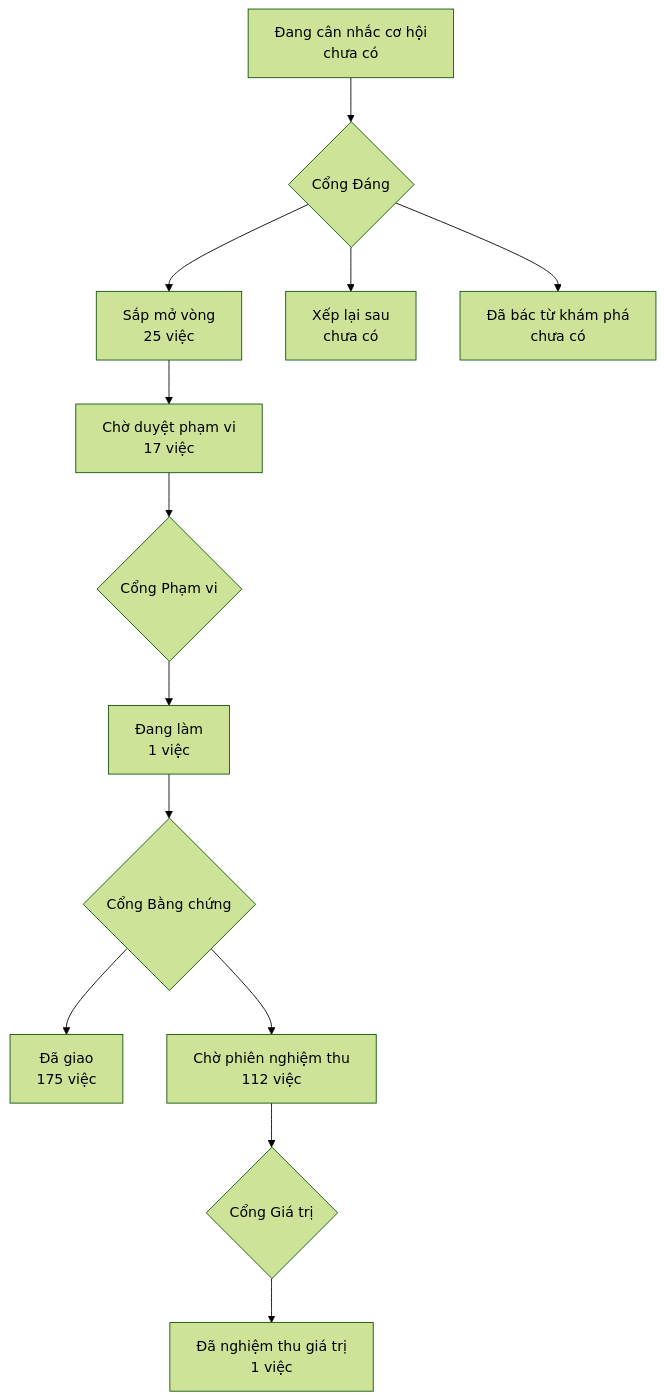
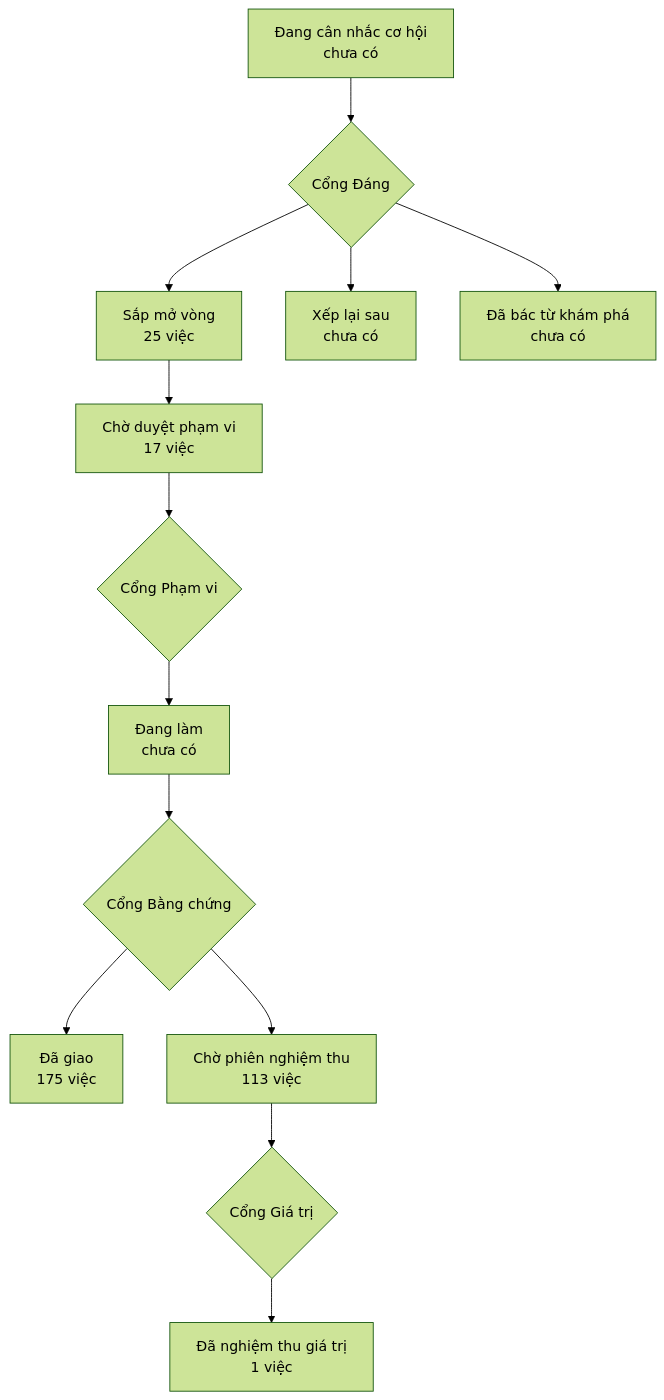
One commit to phanlemanh/onehub-invest changed the diagram in PRODUCT-MAP.md. Above: the diagram before and after it, drawn with Mermaid (forest theme). The commit also changed other lines of this file and 4 other files, not shown here.

````diff
--- a/PRODUCT-MAP.md
+++ b/PRODUCT-MAP.md
@@ -7,12 +7,12 @@
 ```mermaid
 flowchart TD
   A["Đang cân nhắc cơ hội<br/>chưa có"] --> GD{"Cổng Đáng"}
   GD --> B["Sắp mở vòng<br/>25 việc"]
   GD --> XL["Xếp lại sau<br/>chưa có"]
   GD --> DB["Đã bác từ khám phá<br/>chưa có"]
   B --> CD["Chờ duyệt phạm vi<br/>17 việc"] --> GP{"Cổng Phạm vi"}
-  GP --> DL["Đang làm<br/>1 việc"] --> GB{"Cổng Bằng chứng"}
+  GP --> DL["Đang làm<br/>chưa có"] --> GB{"Cổng Bằng chứng"}
   GB --> DG["Đã giao<br/>175 việc"]
-  GB --> CN["Chờ phiên nghiệm thu<br/>112 việc"] --> GG{"Cổng Giá trị"}
+  GB --> CN["Chờ phiên nghiệm thu<br/>113 việc"] --> GG{"Cổng Giá trị"}
   GG --> NT["Đã nghiệm thu giá trị<br/>1 việc"]
 ```
````
